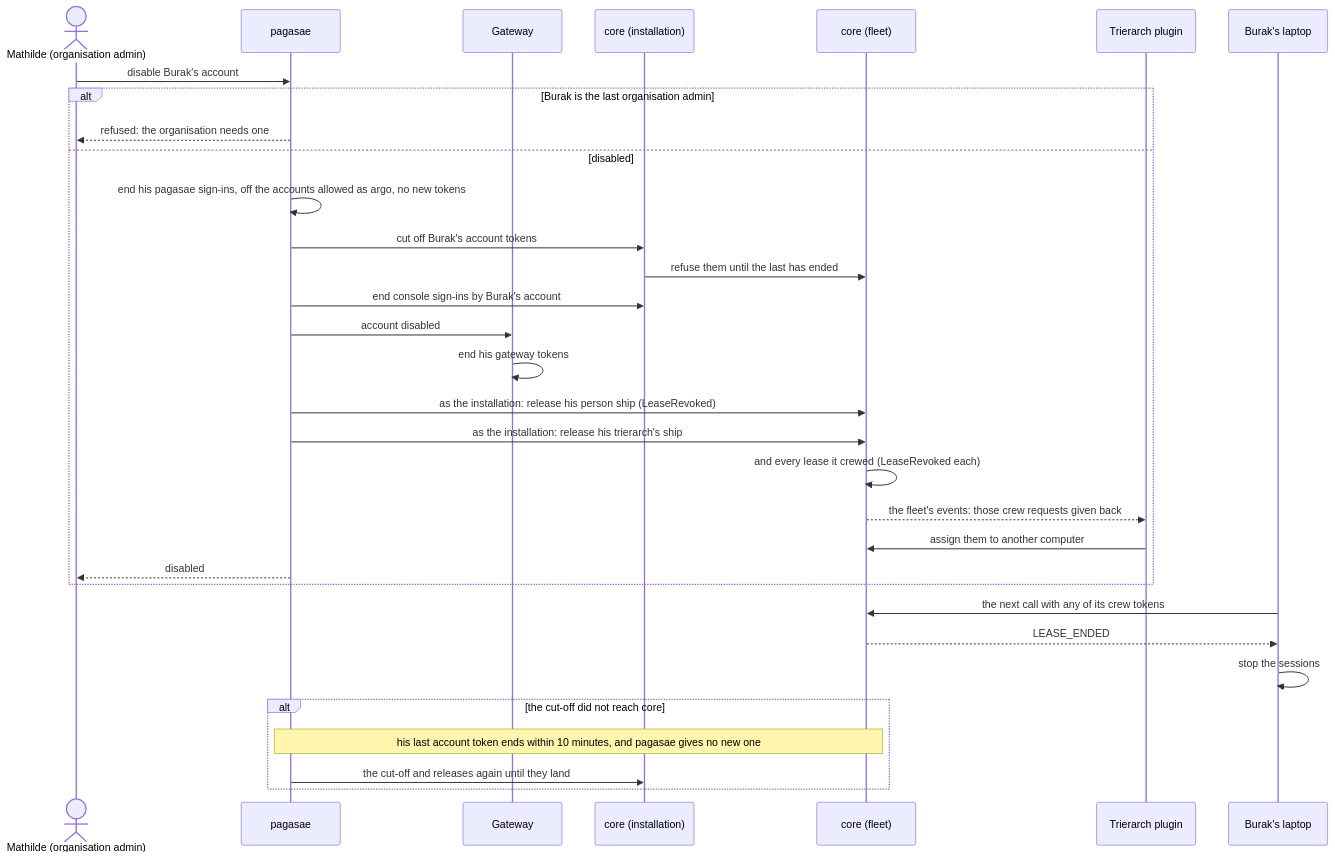
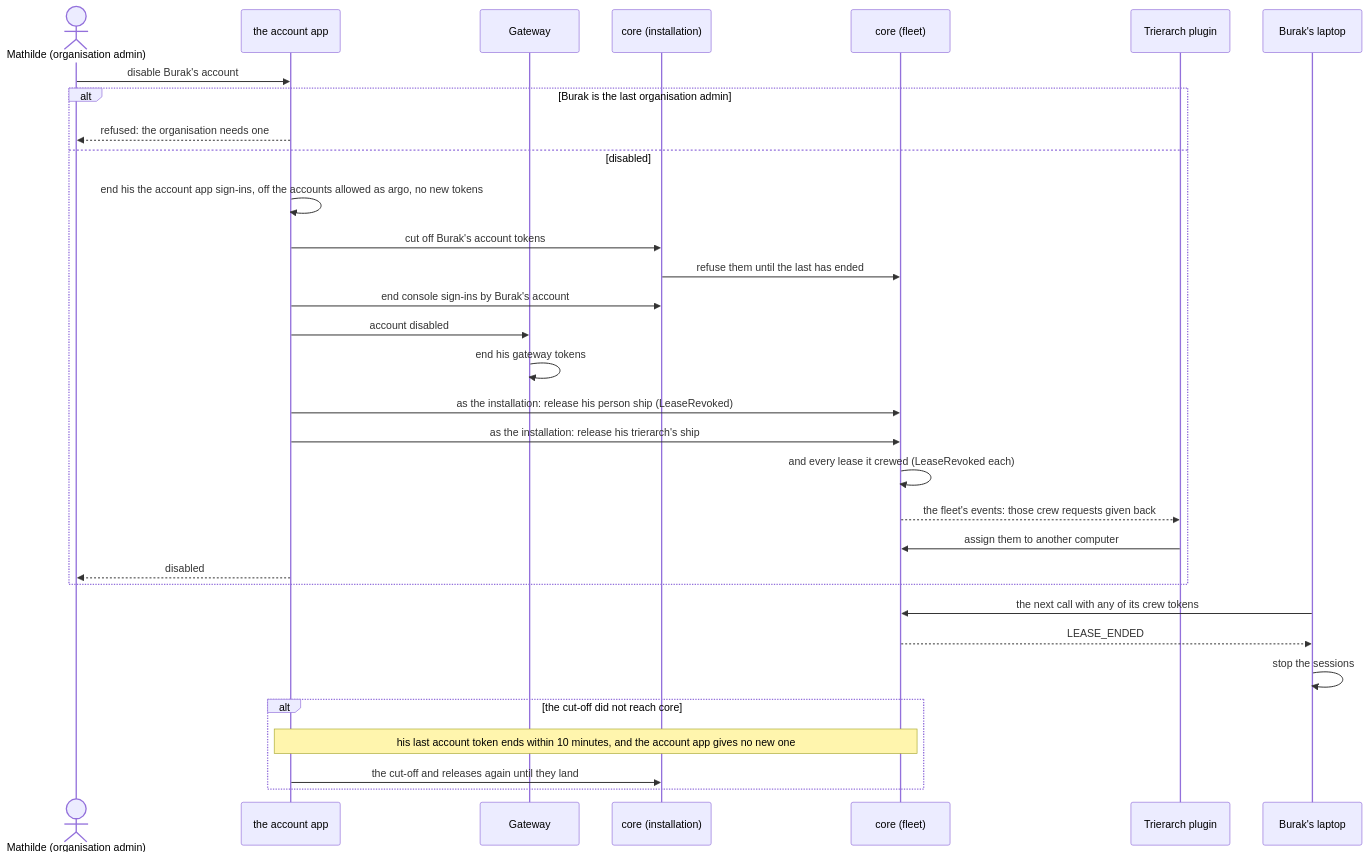
The eighth of 11 diagrams in docs/design/accounts/phase-2/flows.md (ThomasHendrickx/aeolus-fleet), drawn with Mermaid before and after one commit. The commit also changed other lines of this file and 157 other files, not shown here.

Commit message:
refactor: use neutral account app terminology

````diff
--- a/docs/design/accounts/phase-2/flows.md
+++ b/docs/design/accounts/phase-2/flows.md
@@ -280,34 +280,34 @@
 ```mermaid
 sequenceDiagram
   actor M as Mathilde (organisation admin)
-  participant P as pagasae
+  participant P as the account app
   participant G as Gateway
   participant I as core (installation)
   participant C as core (fleet)
   participant TP as Trierarch plugin
   participant L as Burak's laptop
   M->>P: disable Burak's account
   alt Burak is the last organisation admin
     P-->>M: refused: the organisation needs one
   else disabled
-    P->>P: end his pagasae sign-ins, off the accounts allowed as argo, no new tokens
+    P->>P: end his the account app sign-ins, off the accounts allowed as argo, no new tokens
     P->>I: cut off Burak's account tokens
     I->>C: refuse them until the last has ended
     P->>I: end console sign-ins by Burak's account
     P->>G: account disabled
     G->>G: end his gateway tokens
     P->>C: as the installation: release his person ship (LeaseRevoked)
     P->>C: as the installation: release his trierarch's ship
     C->>C: and every lease it crewed (LeaseRevoked each)
     C-->>TP: the fleet's events: those crew requests given back
     TP->>C: assign them to another computer
     P-->>M: disabled
   end
   L->>C: the next call with any of its crew tokens
   C-->>L: LEASE_ENDED
   L->>L: stop the sessions
   alt the cut-off did not reach core
-    Note over P,C: his last account token ends within 10 minutes, and pagasae gives no new one
+    Note over P,C: his last account token ends within 10 minutes, and the account app gives no new one
     P->>I: the cut-off and releases again until they land
   end
 ```
````
